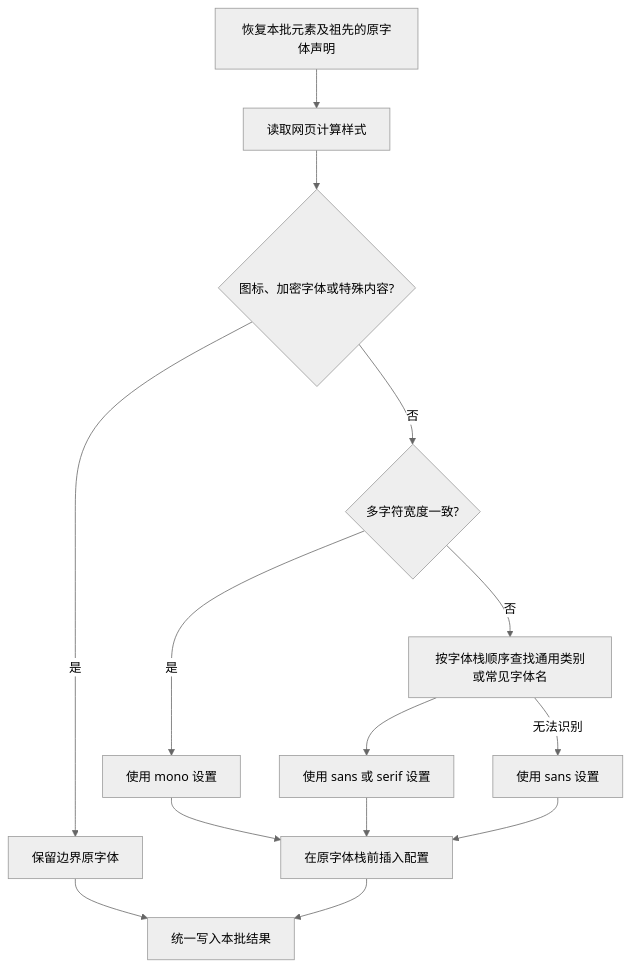
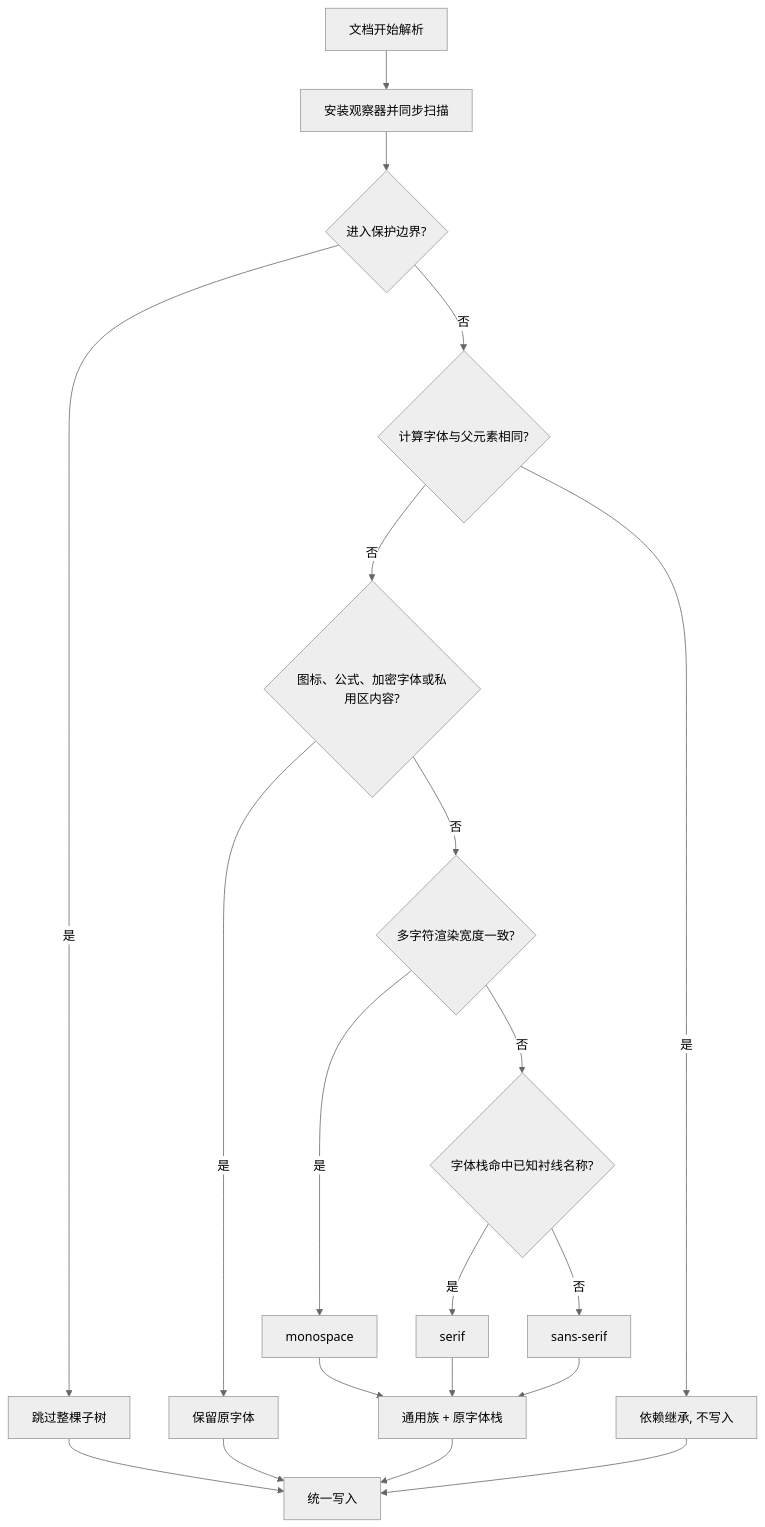
Before and after one commit to yjydist/font-override: the first of 2 diagrams in README.md, drawn with Mermaid (neutral theme). The commit also changed other lines of this file and 14 other files, not shown here.

````diff
--- a/README.md
+++ b/README.md
@@ -49,16 +50,22 @@
 ```mermaid
 flowchart TD
-    A[恢复本批元素及祖先的原字体声明] --> B[读取网页计算样式]
-    B --> C{图标、加密字体或特殊内容?}
-    C -->|是| D[保留边界原字体]
-    C -->|否| E{多字符宽度一致?}
-    E -->|是| F[使用 mono 设置]
-    E -->|否| G[按字体栈顺序查找通用类别或常见字体名]
-    G --> H[使用 sans 或 serif 设置]
-    G -->|无法识别| I[使用 sans 设置]
-    F --> J[在原字体栈前插入配置]
-    H --> J
-    I --> J
-    D --> K[统一写入本批结果]
-    J --> K
+    A[文档开始解析] --> B[安装观察器并同步扫描]
+    B --> C{进入保护边界?}
+    C -->|是| D[跳过整棵子树]
+    C -->|否| E{计算字体与父元素相同?}
+    E -->|是| F[依赖继承, 不写入]
+    E -->|否| G{图标、公式、加密字体或私用区内容?}
+    G -->|是| H[保留原字体]
+    G -->|否| I{多字符渲染宽度一致?}
+    I -->|是| J[monospace]
+    I -->|否| K{字体栈命中已知衬线名称?}
+    K -->|是| L[serif]
+    K -->|否| M[sans-serif]
+    J --> N[通用族 + 原字体栈]
+    L --> N
+    M --> N
+    D --> O[统一写入]
+    H --> O
+    N --> O
+    F --> O
 ```
````
